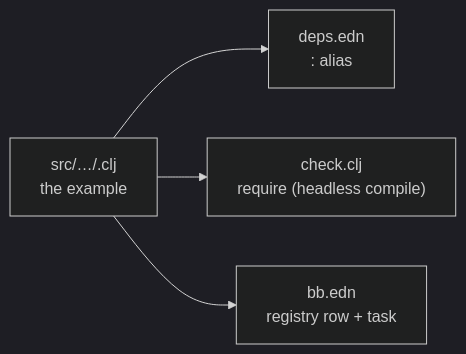
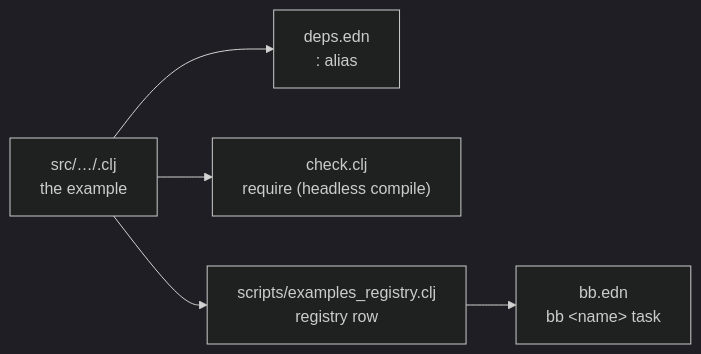
One commit to burinc/b12n-raylib-jlt changed the diagram in docs/guide/example-catalog.md. Above: the diagram before and after it, drawn with Mermaid (dark theme). The commit also changed other lines of this file and 7 other files, not shown here.

````diff
--- a/docs/guide/example-catalog.md
+++ b/docs/guide/example-catalog.md
@@ -147,6 +178,7 @@
 ```mermaid
 flowchart LR
   src["src/…/<name>.clj<br/>the example"] --> deps["deps.edn<br/>:<name> alias"]
   src --> chk["check.clj<br/>require (headless compile)"]
-  src --> bb["bb.edn<br/>registry row + task"]
+  src --> reg["scripts/examples_registry.clj<br/>registry row"]
+  reg --> bb["bb.edn<br/>bb &lt;name&gt; task"]
 ```
````
